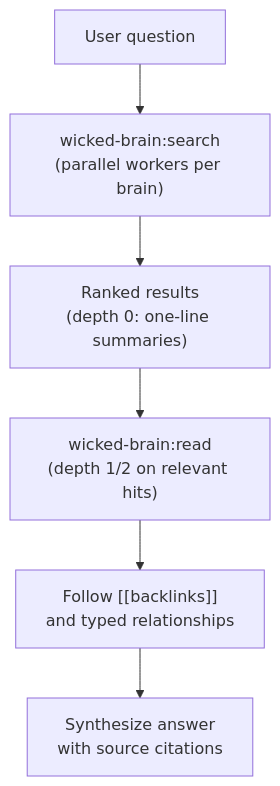
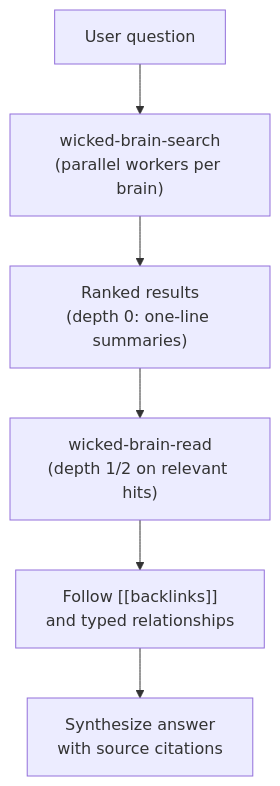
One commit to mikeparcewski/wicked-brain changed the seventh of 9 diagrams in ARCHITECTURE.md. Above: the diagram before and after it, drawn with Mermaid. The commit also changed other lines of this file and 3 other files, not shown here.

````diff
--- a/ARCHITECTURE.md
+++ b/ARCHITECTURE.md
@@ -319,15 +319,15 @@
 ```mermaid
 flowchart TD
     Q["User question"]
-    Search["wicked-brain:search<br/>(parallel workers per brain)"]
+    Search["wicked-brain-search<br/>(parallel workers per brain)"]
     Results["Ranked results<br/>(depth 0: one-line summaries)"]
-    Read["wicked-brain:read<br/>(depth 1/2 on relevant hits)"]
+    Read["wicked-brain-read<br/>(depth 1/2 on relevant hits)"]
     Follow["Follow [[backlinks]]<br/>and typed relationships"]
     Synthesize["Synthesize answer<br/>with source citations"]
 
     Q --> Search
     Search --> Results
     Results --> Read
     Read --> Follow
     Follow --> Synthesize
 ```
````
